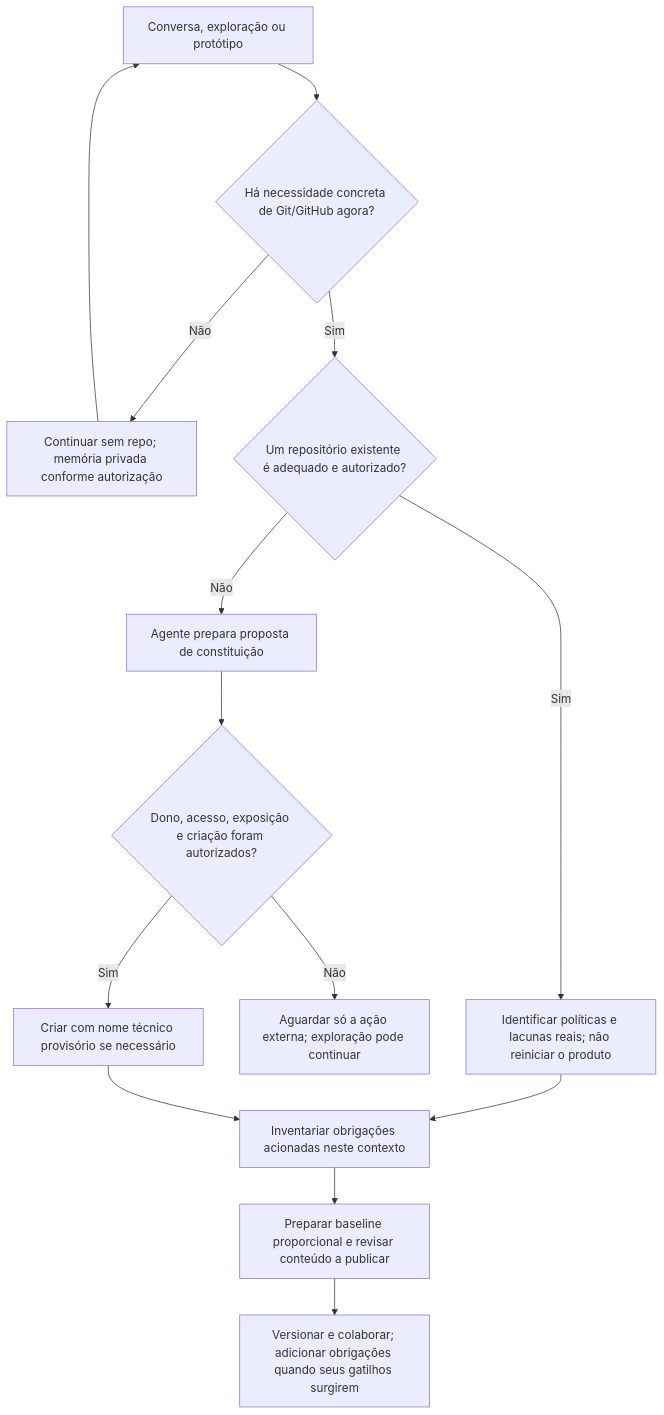
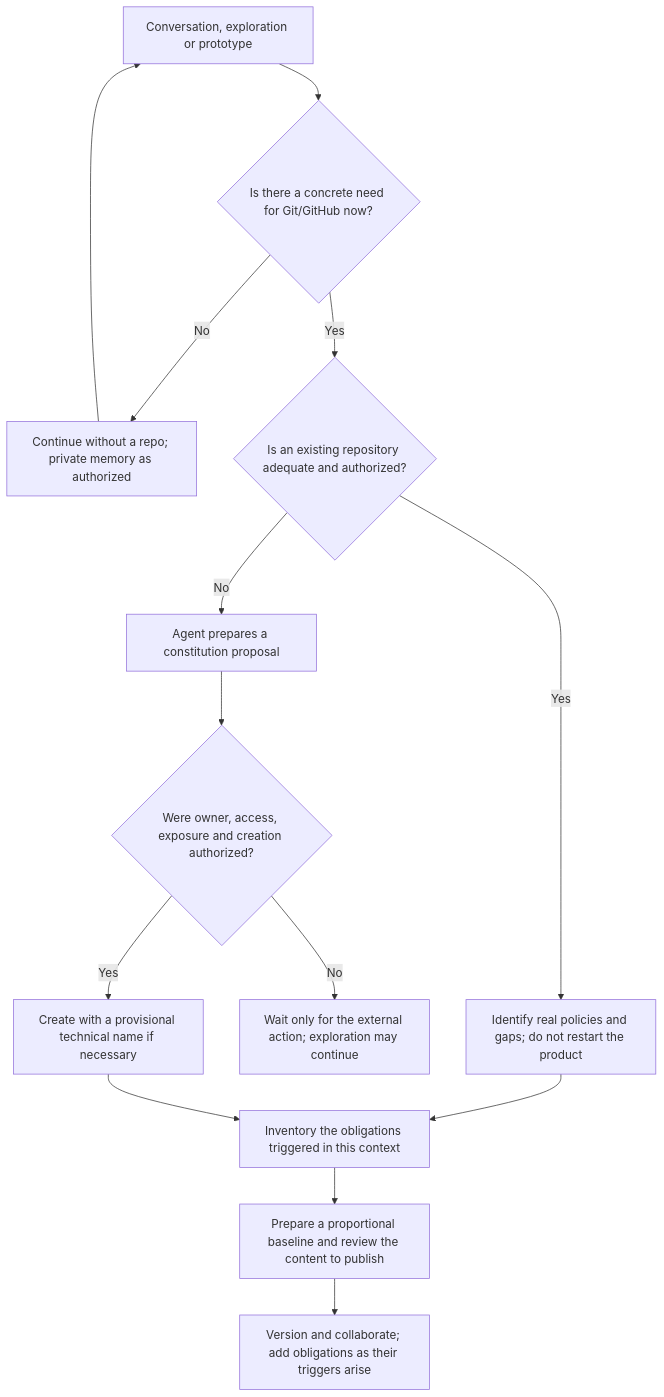
Before and after one commit to mardemsean/smard-agent-flow-git: the diagram in docs/workflow-producao/CONTRATO-DOCUMENTAL.md, drawn with Mermaid. The commit also changed other lines of this file and 103 other files, not shown here.

First line of the commit message:
docs: English edition of the method; smard-agent-flow plugin with marketplace distribution

````diff
--- a/docs/workflow-producao/CONTRATO-DOCUMENTAL.md
+++ b/docs/workflow-producao/CONTRATO-DOCUMENTAL.md
@@ -58,16 +61,16 @@
 ```mermaid
 flowchart TD
-    A["Conversa, exploração ou protótipo"] --> B{"Há necessidade concreta de Git/GitHub agora?"}
-    B -- "Não" --> C["Continuar sem repo; memória privada conforme autorização"]
+    A["Conversation, exploration or prototype"] --> B{"Is there a concrete need for Git/GitHub now?"}
+    B -- "No" --> C["Continue without a repo; private memory as authorized"]
     C --> A
-    B -- "Sim" --> D{"Um repositório existente é adequado e autorizado?"}
-    D -- "Sim" --> E["Identificar políticas e lacunas reais; não reiniciar o produto"]
-    D -- "Não" --> F["Agente prepara proposta de constituição"]
-    F --> G{"Dono, acesso, exposição e criação foram autorizados?"}
-    G -- "Não" --> H["Aguardar só a ação externa; exploração pode continuar"]
-    G -- "Sim" --> I["Criar com nome técnico provisório se necessário"]
-    E --> J["Inventariar obrigações acionadas neste contexto"]
+    B -- "Yes" --> D{"Is an existing repository adequate and authorized?"}
+    D -- "Yes" --> E["Identify real policies and gaps; do not restart the product"]
+    D -- "No" --> F["Agent prepares a constitution proposal"]
+    F --> G{"Were owner, access, exposure and creation authorized?"}
+    G -- "No" --> H["Wait only for the external action; exploration may continue"]
+    G -- "Yes" --> I["Create with a provisional technical name if necessary"]
+    E --> J["Inventory the obligations triggered in this context"]
     I --> J
-    J --> K["Preparar baseline proporcional e revisar conteúdo a publicar"]
-    K --> L["Versionar e colaborar; adicionar obrigações quando seus gatilhos surgirem"]
+    J --> K["Prepare a proportional baseline and review the content to publish"]
+    K --> L["Version and collaborate; add obligations as their triggers arise"]
 ```
````
